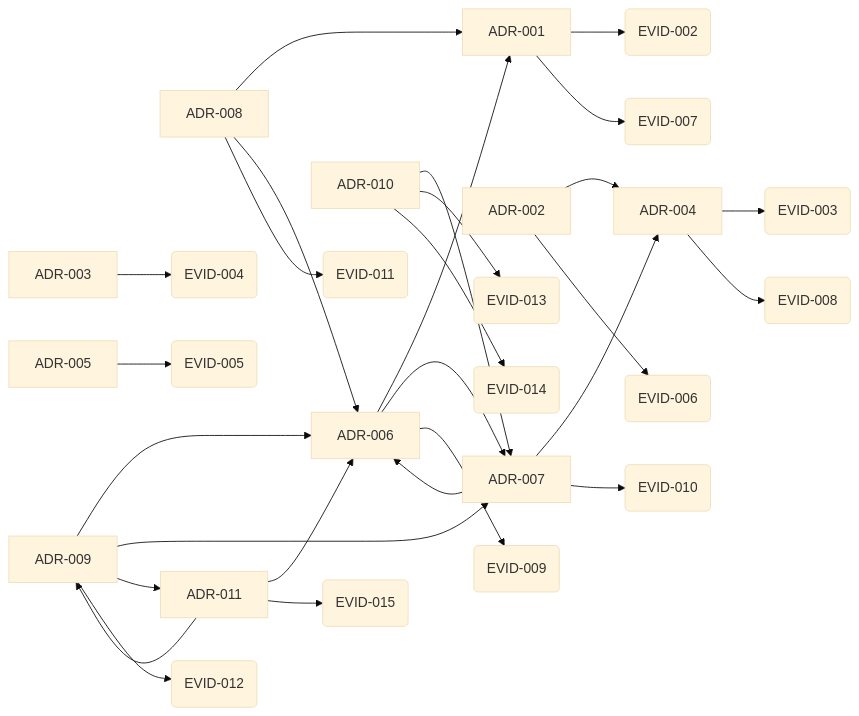
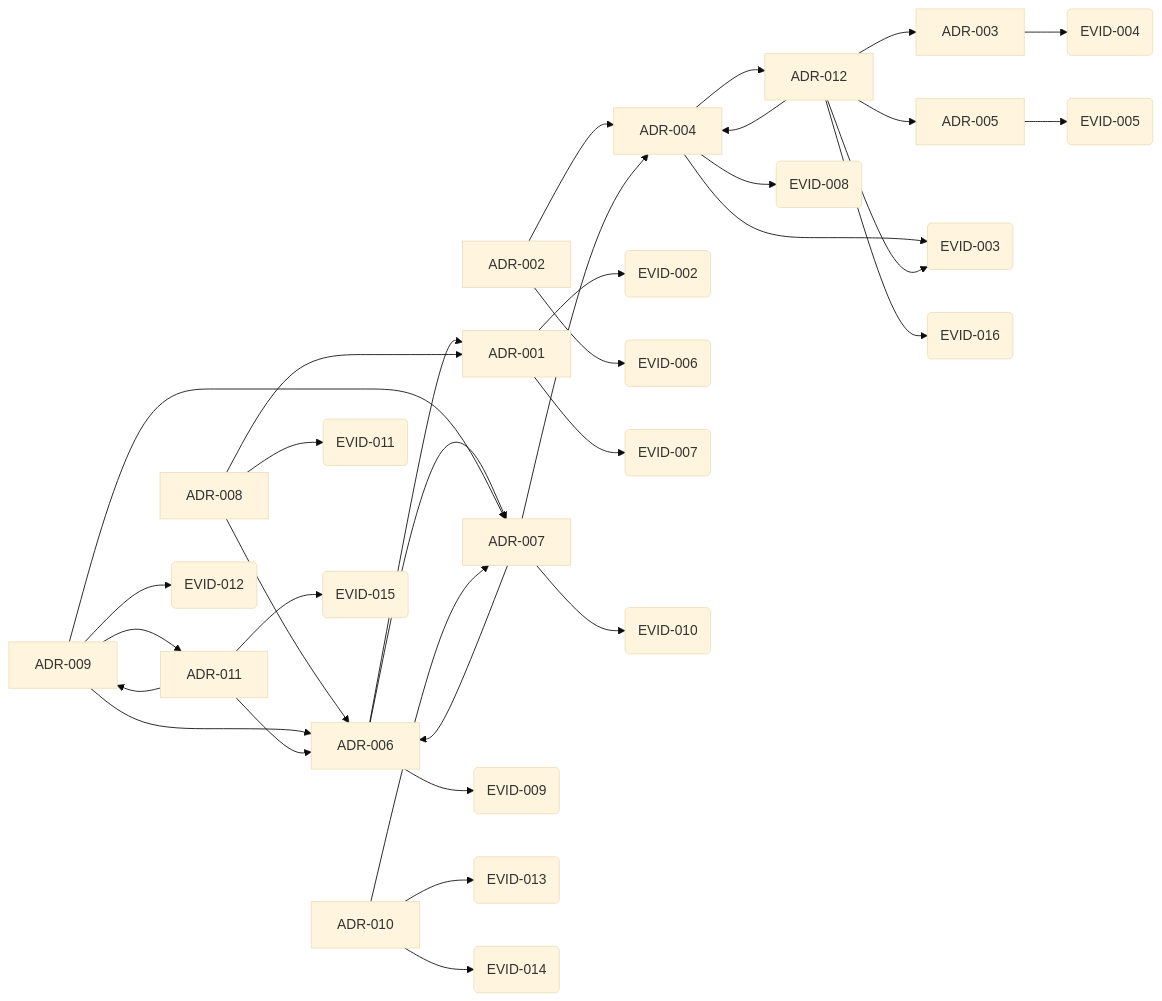
The diagram in GRAPH.md (TeramachiShunsuke/aidd), drawn with Mermaid (base theme) before and after one commit. The commit also changed other lines of this file and 1 other file, not shown here.

Commit message:
chore: GRAPH.md と INDEX.md を再生成する

````diff
--- a/GRAPH.md
+++ b/GRAPH.md
@@ -35,55 +35,63 @@
 ```mermaid
 graph LR
   ADR_001[ADR-001]
   ADR_002[ADR-002]
   ADR_003[ADR-003]
   ADR_004[ADR-004]
   ADR_005[ADR-005]
   ADR_006[ADR-006]
   ADR_007[ADR-007]
   ADR_008[ADR-008]
   ADR_009[ADR-009]
   ADR_010[ADR-010]
   ADR_011[ADR-011]
+  ADR_012[ADR-012]
   EVID_002(EVID-002)
   EVID_003(EVID-003)
   EVID_004(EVID-004)
   EVID_005(EVID-005)
   EVID_006(EVID-006)
   EVID_007(EVID-007)
   EVID_008(EVID-008)
   EVID_009(EVID-009)
   EVID_010(EVID-010)
   EVID_011(EVID-011)
   EVID_012(EVID-012)
   EVID_013(EVID-013)
   EVID_014(EVID-014)
   EVID_015(EVID-015)
+  EVID_016(EVID-016)
   ADR_001 --> EVID_002
   ADR_001 --> EVID_007
   ADR_002 --> ADR_004
   ADR_002 --> EVID_006
   ADR_003 --> EVID_004
+  ADR_004 --> ADR_012
   ADR_004 --> EVID_003
   ADR_004 --> EVID_008
   ADR_005 --> EVID_005
   ADR_006 --> ADR_001
   ADR_006 --> ADR_007
   ADR_006 --> EVID_009
   ADR_007 --> ADR_004
   ADR_007 --> ADR_006
   ADR_007 --> EVID_010
   ADR_008 --> ADR_001
   ADR_008 --> ADR_006
   ADR_008 --> EVID_011
   ADR_009 --> ADR_006
   ADR_009 --> ADR_007
   ADR_009 --> ADR_011
   ADR_009 --> EVID_012
   ADR_010 --> ADR_007
   ADR_010 --> EVID_013
   ADR_010 --> EVID_014
   ADR_011 --> ADR_006
   ADR_011 --> ADR_009
   ADR_011 --> EVID_015
+  ADR_012 --> ADR_003
+  ADR_012 --> ADR_004
+  ADR_012 --> ADR_005
+  ADR_012 --> EVID_003
+  ADR_012 --> EVID_016
 ```
````
